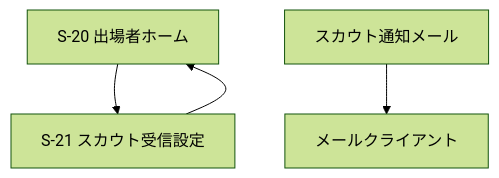
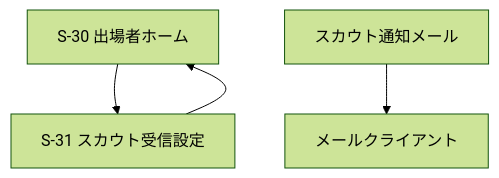
The sixth of 15 diagrams in docs/details/03_screen-flow_md.md (Asheze1127/hack-evaluater), drawn with Mermaid (forest theme) before and after one commit. The commit also changed other lines of this file and 2 other files, not shown here.

````diff
--- a/docs/details/03_screen-flow_md.md
+++ b/docs/details/03_screen-flow_md.md
@@ -220,11 +256,11 @@
 ```mermaid
 flowchart TD
-    HOME[S-20 出場者ホーム]
-    PREF[S-21 スカウト受信設定]
+    HOME[S-30 出場者ホーム]
+    PREF[S-31 スカウト受信設定]
     MAIL[スカウト通知メール]
     OUTSIDE[メールクライアント]
 
     HOME --> PREF
     PREF --> HOME
     MAIL --> OUTSIDE
 ```
````
